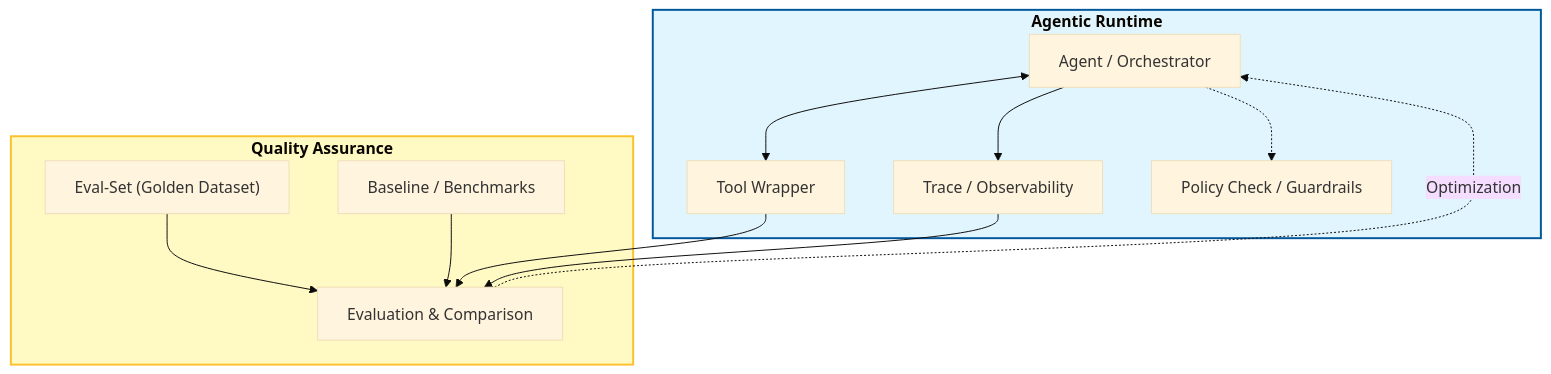
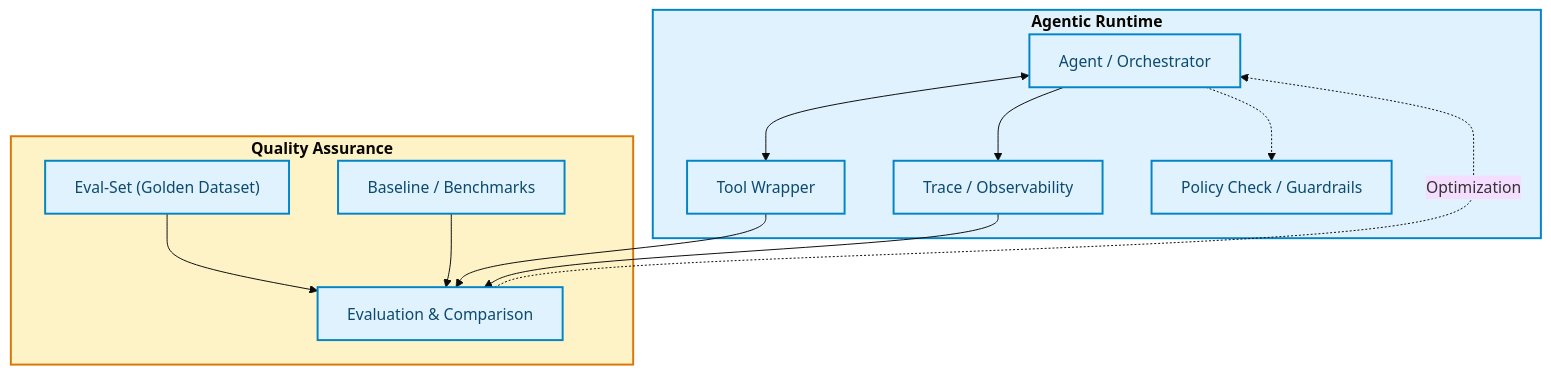
Before and after one commit to ralf-42/Agenten: the fourth of 4 diagrams in docs/07-qualitaet-sicherheit/evaluation-observability.md, drawn with Mermaid (base theme). The commit also changed other lines of this file and 15 other files, not shown here.

````diff
--- a/docs/07-qualitaet-sicherheit/evaluation-observability.md
+++ b/docs/07-qualitaet-sicherheit/evaluation-observability.md
@@ -359,31 +359,33 @@
 ```mermaid
 flowchart TB
     subgraph Runtime ["<b>Agentic Runtime</b>"]
         A["Agent / Orchestrator"]
         B["Tool Wrapper"]
         C["Trace / Observability"]
         D["Policy Check / Guardrails"]
         
         A <--> B
         A --> C
         A -.-> D
     end
 
     subgraph Evaluation ["<b>Quality Assurance</b>"]
         E["Eval-Set (Golden Dataset)"]
         F["Evaluation & Comparison"]
         G["Baseline / Benchmarks"]
     end
 
     %% Datenflüsse zur Evaluation
     B --> F
     C --> F
     E --> F
     G --> F
 
     %% Feedback-Loop (Optional)
     F -.-> |Optimization| A
     
-    style Runtime fill:#e1f5fe,stroke:#01579b,stroke-width:2px 
-    style Evaluation fill:#fff9c4,stroke:#fbc02d,stroke-width:2px
+    classDef default fill:#e0f2fe,stroke:#0284c7,stroke-width:2px,color:#0c4a6e;
+
+    style Runtime fill:#e0f2fe,stroke:#0284c7,stroke-width:2px
+    style Evaluation fill:#fef3c7,stroke:#d97706,stroke-width:2px
 ```
````
